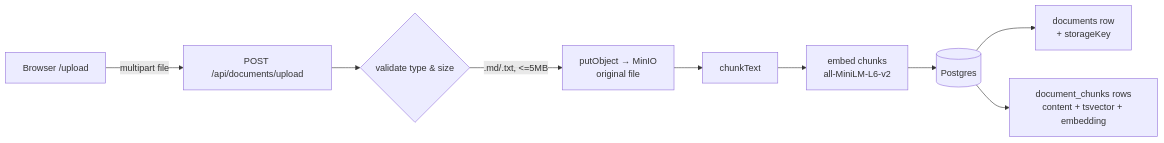
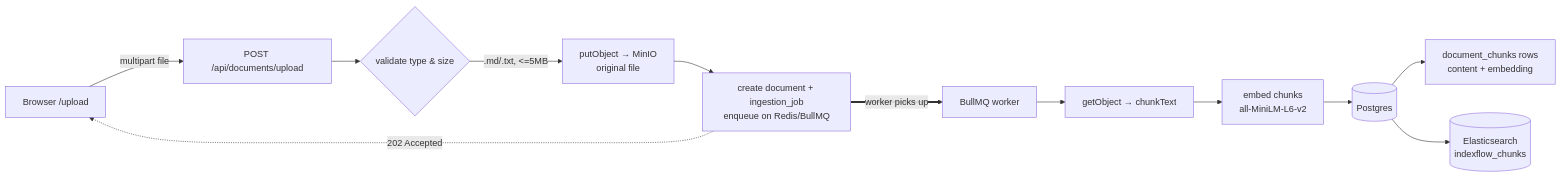
The first of 2 diagrams in README.md (JCHETAN26/IndexFlow), drawn with Mermaid before and after one commit. The commit also changed other lines of this file and 12 other files, not shown here.

````diff
--- a/README.md
+++ b/README.md
@@ -88,11 +95,14 @@
 ```mermaid
 flowchart LR
     A[Browser /upload] -->|multipart file| B[POST /api/documents/upload]
     B --> C{validate type & size}
     C -->|.md/.txt, <=5MB| M[putObject → MinIO<br/>original file]
-    M --> D[chunkText]
+    M --> J[create document + ingestion_job<br/>enqueue on Redis/BullMQ]
+    J -.->|202 Accepted| A
+    J ==>|worker picks up| W[BullMQ worker]
+    W --> D[getObject → chunkText]
     D --> E[embed chunks<br/>all-MiniLM-L6-v2]
     E --> F[(Postgres)]
-    F --> G[documents row<br/>+ storageKey]
-    F --> H[document_chunks rows<br/>content + tsvector + embedding]
+    F --> H[document_chunks rows<br/>content + embedding]
+    F --> ES[(Elasticsearch<br/>indexflow_chunks)]
 ```
````
